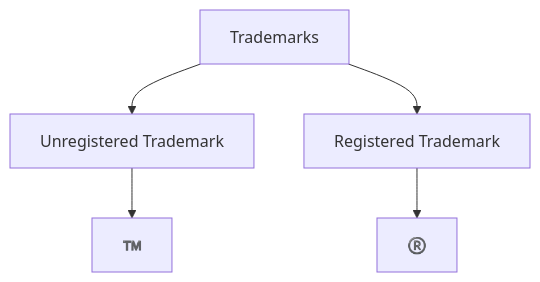
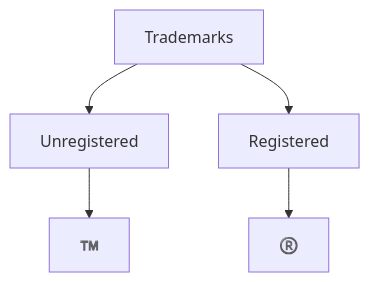
One commit to random-goose/Notes-Vault changed the second of 2 diagrams in IIPME V.md. Above: the diagram before and after it, drawn with Mermaid. The commit also changed 3 other files, not shown here.

````diff
--- a/IIPME V.md
+++ b/IIPME V.md
@@ -80,7 +80,7 @@
 ```mermaid
 graph TD
-	A[Trademarks] --> B[Unregistered Trademark]
-	A --> C[Registered Trademark]
+	A[Trademarks] --> B[Unregistered]
+	A --> C[Registered]
 	B --> D[™️]
 	C --> E[®️]
 ```
````
